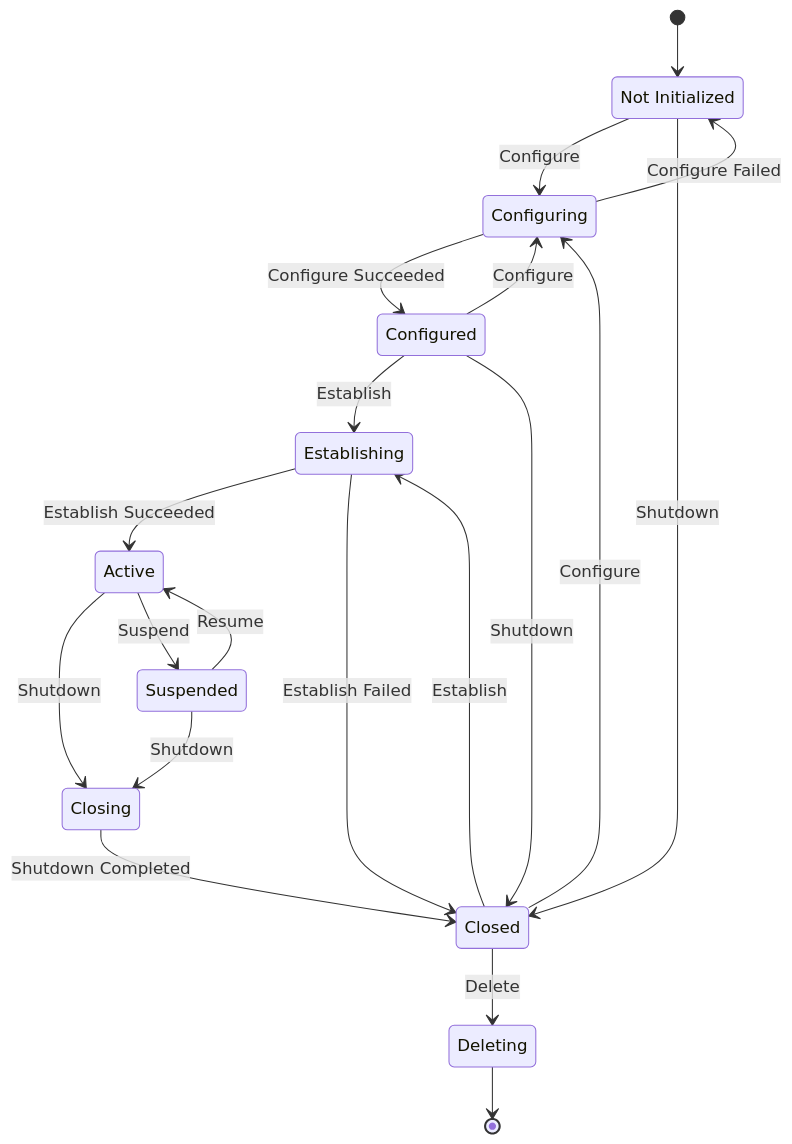
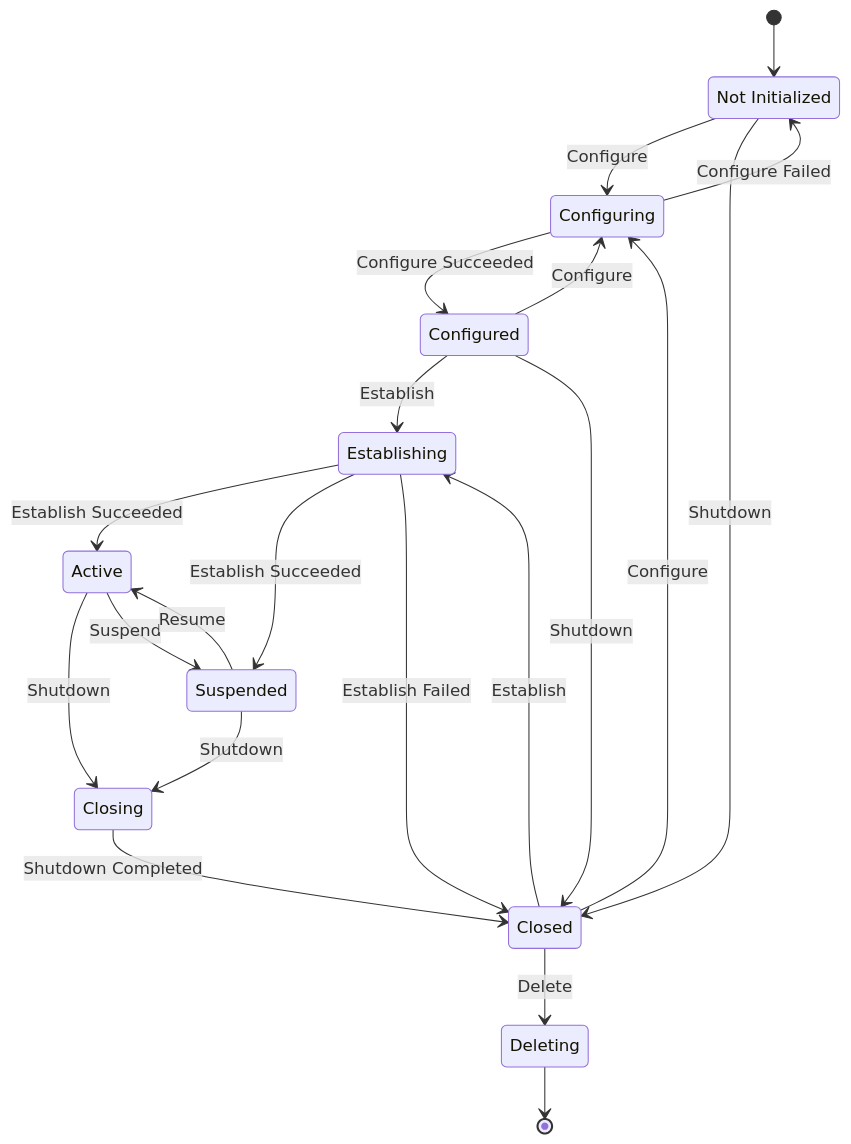
One commit to OpenVisualCloud/Media-Communications-Mesh changed the first of 3 diagrams in media-proxy/include/mesh/CONCEPT.md. Above: the diagram before and after it, drawn with Mermaid. The commit also changed 93 other files, not shown here.

````diff
--- a/media-proxy/include/mesh/CONCEPT.md
+++ b/media-proxy/include/mesh/CONCEPT.md
@@ -56,32 +56,33 @@
 ```mermaid
 stateDiagram
     notinit: Not Initialized
     configuring: Configuring
     configured: Configured
     establishing: Establishing
     active: Active
     suspended: Suspended
     closing: Closing
     closed: Closed
     deleting: Deleting
 
     [*] --> notinit
     notinit --> configuring: Configure
     configuring --> configured: Configure Succeeded
     configuring --> notinit: Configure Failed
     configured --> configuring: Configure
     configured --> establishing: Establish
     establishing --> active: Establish Succeeded
+    establishing --> suspended: Establish Succeeded
     establishing --> closed: Establish Failed
     active --> closing: Shutdown
     active --> suspended: Suspend
     suspended --> active: Resume
     suspended --> closing: Shutdown
     closing --> closed: Shutdown Completed
     closed --> deleting: Delete
     closed --> configuring: Configure
     closed --> establishing: Establish
     deleting --> [*]
     notinit --> closed: Shutdown
     configured --> closed: Shutdown
 ```
````
